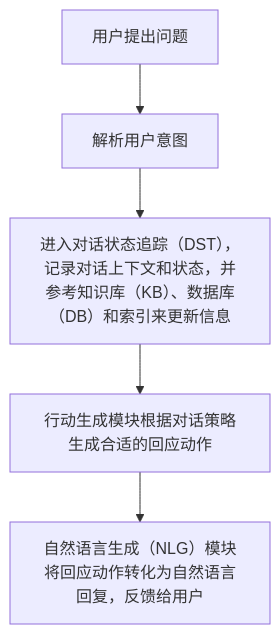
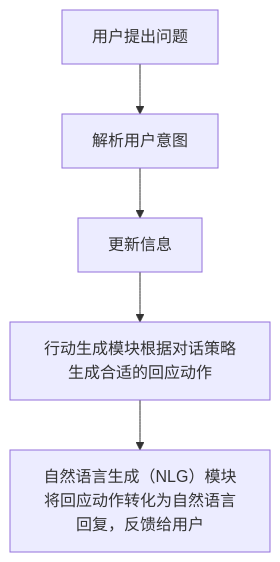
One commit to Let-9/iodraw-files changed the diagram in all/未命名-3.md. Above: the diagram before and after it, drawn with Mermaid.

Commit message:
2024-12-10 11:32:14 update

````diff
--- a/all/未命名-3.md
+++ b/all/未命名-3.md
@@ -1,7 +1,7 @@
 ```mermaid
 graph TD;
     A[用户提出问题] --> B[解析用户意图];
-    B --> C[进入对话状态追踪（DST），记录对话上下文和状态，并参考知识库（KB）、数据库（DB）和索引来更新信息];
+    B --> C[更新信息];
     C --> D[行动生成模块根据对话策略生成合适的回应动作];
     D --> E[自然语言生成（NLG）模块将回应动作转化为自然语言回复，反馈给用户];
 ```
````
